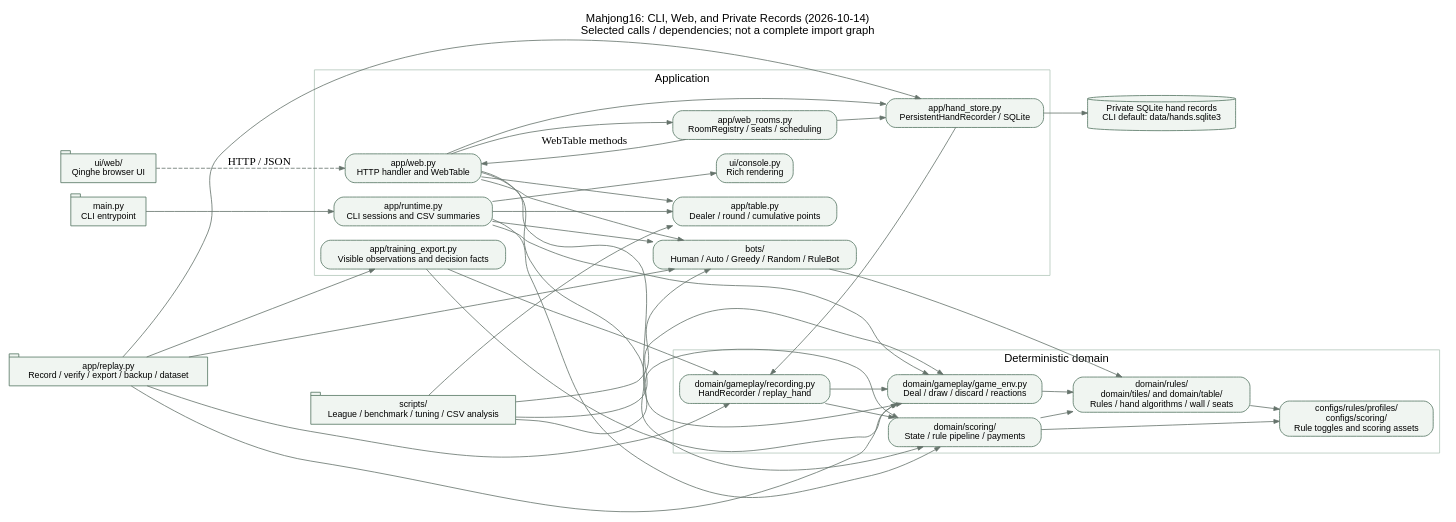
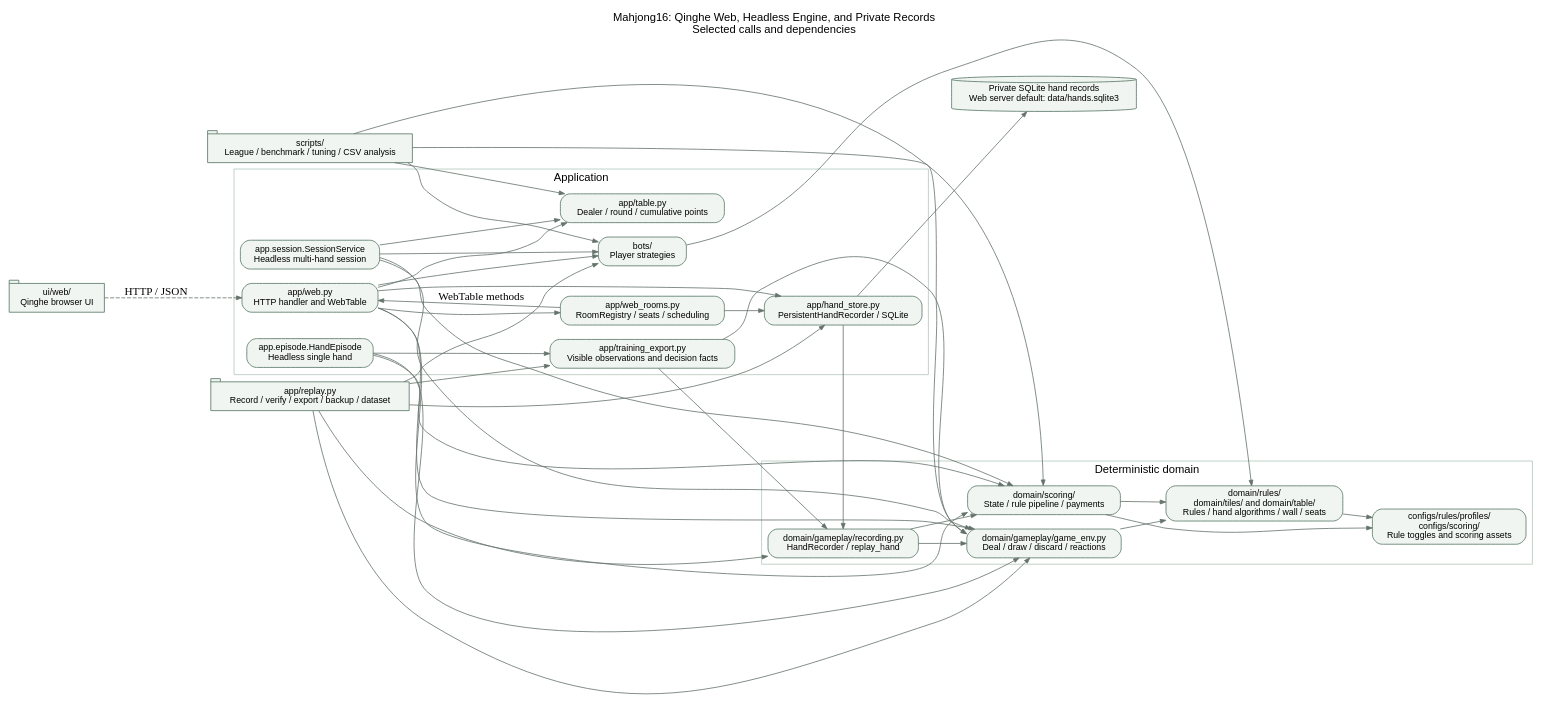
Before and after one commit to yuweiiihuang/mahjong16: the diagram in docs/architecture/diagram.gv, drawn with Graphviz. The commit also changed 5 other files, not shown here.

```diff
--- a/docs/architecture/diagram.gv
+++ b/docs/architecture/diagram.gv
@@ -1,52 +1,51 @@
 // Selected calls and dependencies; arrows point from caller to service/dependency.
 // Regenerate from the repository root: dot -Tpng docs/architecture/diagram.gv -o docs/architecture/diagram.png
 digraph Mahjong16 {
     graph [rankdir=LR, fontname="Helvetica", fontsize=14, labelloc="t",
-           label="Mahjong16: CLI, Web, and Private Records (2026-10-14)\nSelected calls / dependencies; not a complete import graph"];
+           label="Mahjong16: Qinghe Web, Headless Engine, and Private Records\nSelected calls and dependencies"];
     node [shape=box, fontname="Helvetica", fontsize=11, style="rounded,filled",
           fillcolor="#f0f5f1", color="#557563"];
     edge [color="#65736b", arrowsize=0.7];
 
-    cli [label="main.py\nCLI entrypoint", shape=tab];
     browser [label="ui/web/\nQinghe browser UI", shape=tab];
     replay [label="app/replay.py\nRecord / verify / export / backup / dataset", shape=tab];
     scripts [label="scripts/\nLeague / benchmark / tuning / CSV analysis", shape=tab];
 
     subgraph cluster_app {
         label="Application"; color="#b3c7ba";
-        runtime [label="app/runtime.py\nCLI sessions and CSV summaries"];
-        console [label="ui/console.py\nRich rendering"];
+        episode [label="app.episode.HandEpisode\nHeadless single hand"];
+        runtime [label="app.session.SessionService\nHeadless multi-hand session"];
         web [label="app/web.py\nHTTP handler and WebTable"];
         rooms [label="app/web_rooms.py\nRoomRegistry / seats / scheduling"];
         store [label="app/hand_store.py\nPersistentHandRecorder / SQLite"];
         dataset [label="app/training_export.py\nVisible observations and decision facts"];
         table [label="app/table.py\nDealer / round / cumulative points"];
-        bots [label="bots/\nHuman / Auto / Greedy / Random / RuleBot"];
+        bots [label="bots/\nPlayer strategies"];
     }
     subgraph cluster_domain {
         label="Deterministic domain"; color="#b3c7ba";
         env [label="domain/gameplay/game_env.py\nDeal / draw / discard / reactions"];
         rules [label="domain/rules/\ndomain/tiles/ and domain/table/\nRules / hand algorithms / wall / seats"];
         scoring [label="domain/scoring/\nState / rule pipeline / payments"];
         recording [label="domain/gameplay/recording.py\nHandRecorder / replay_hand"];
         configs [label="configs/rules/profiles/\nconfigs/scoring/\nRule toggles and scoring assets"];
     }
-    sqlite [label="Private SQLite hand records\nCLI default: data/hands.sqlite3", shape=cylinder];
+    sqlite [label="Private SQLite hand records\nWeb server default: data/hands.sqlite3", shape=cylinder];
 
-    cli -> runtime;
-    runtime -> {console table bots env scoring};
+    episode -> {dataset env scoring};
+    runtime -> {table bots env scoring};
     browser -> web [label="HTTP / JSON", style=dashed];
     web -> {rooms store table bots env scoring};
     rooms -> web [label="WebTable methods"];
     rooms -> store;
     store -> recording;
     store -> sqlite;
     replay -> {store recording dataset bots env};
     dataset -> {recording env};
     recording -> {env scoring};
     env -> rules;
     scoring -> {rules configs};
     rules -> configs;
     bots -> rules;
     scripts -> {table bots env scoring};
 }
```
